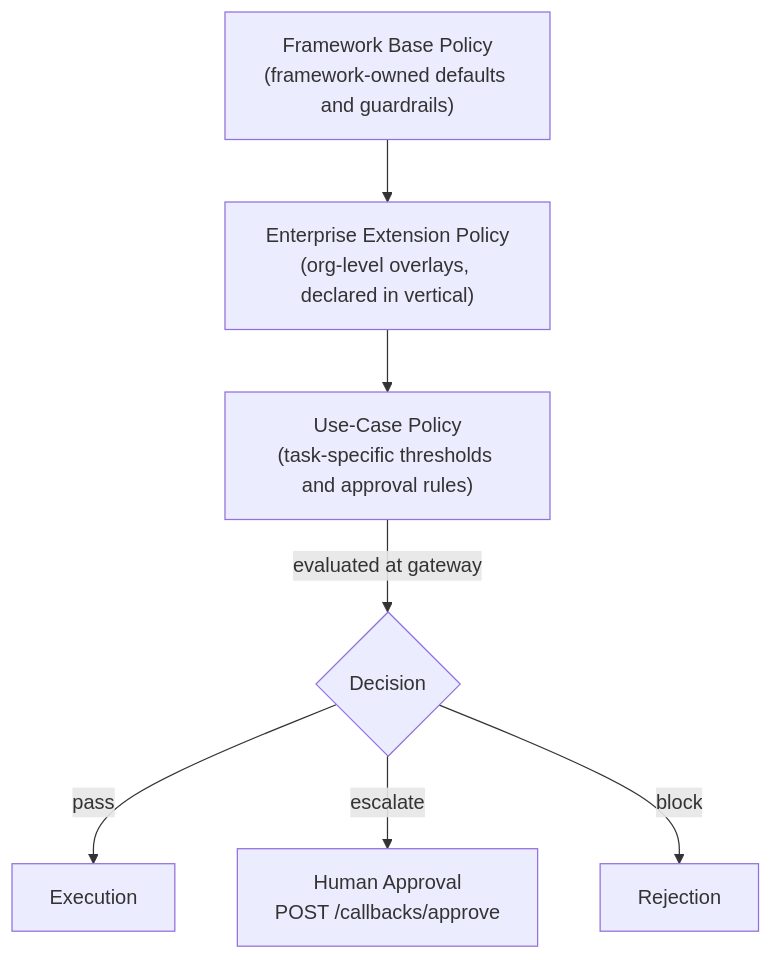
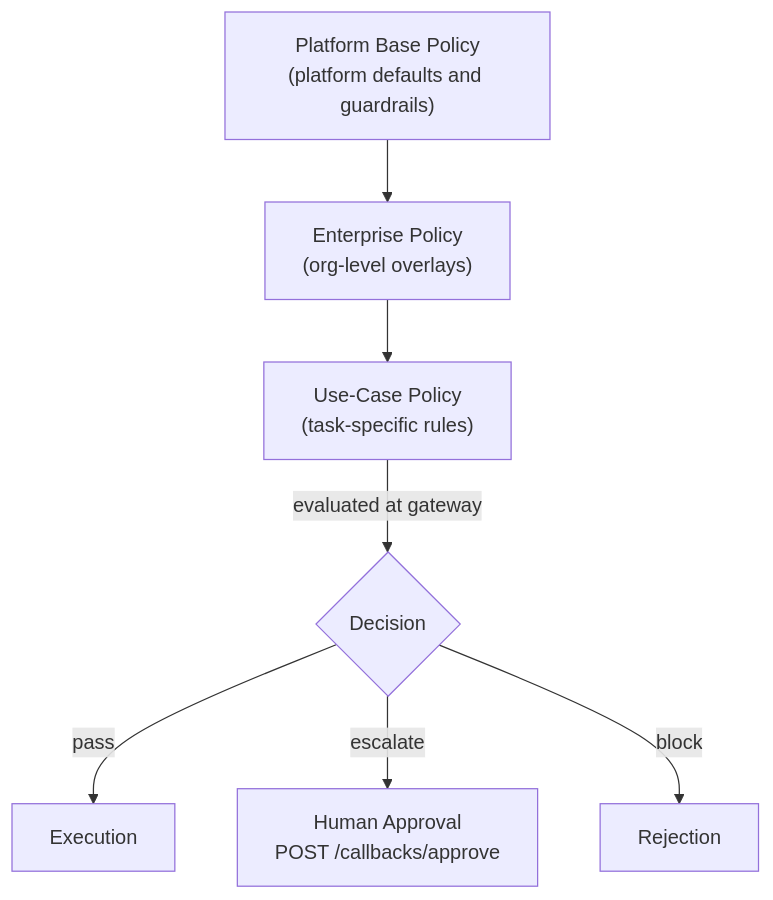
The fifth of 7 diagrams in docs/architecture.md (hariharasudhand/appdarta-framework), drawn with Mermaid before and after one commit. The commit also changed other lines of this file and 2 other files, not shown here.

Commit message:
release: update framework public surface

````diff
--- a/docs/architecture.md
+++ b/docs/architecture.md
@@ -139,13 +158,13 @@
 ```mermaid
 flowchart TB
-    FB["Framework Base Policy\n(framework-owned defaults and guardrails)"]
-    EP["Enterprise Extension Policy\n(org-level overlays, declared in vertical)"]
-    UC["Use-Case Policy\n(task-specific thresholds and approval rules)"]
+    FB["Platform Base Policy\n(platform defaults and guardrails)"]
+    EP["Enterprise Policy\n(org-level overlays)"]
+    UC["Use-Case Policy\n(task-specific rules)"]
 
     FB --> EP --> UC
 
     UC -->|evaluated at gateway| Decision{Decision}
     Decision -->|pass| Execution
     Decision -->|escalate| HumanApproval["Human Approval\nPOST /callbacks/approve"]
     Decision -->|block| Rejection
 ```
````
